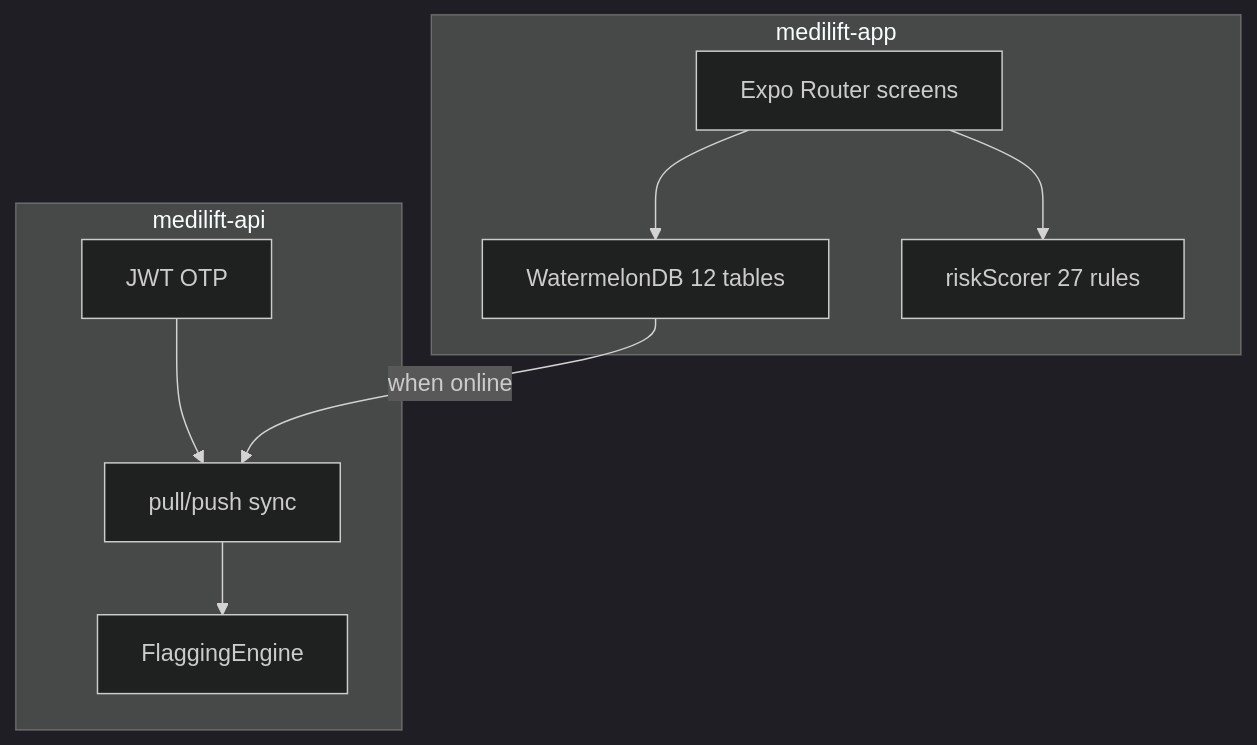
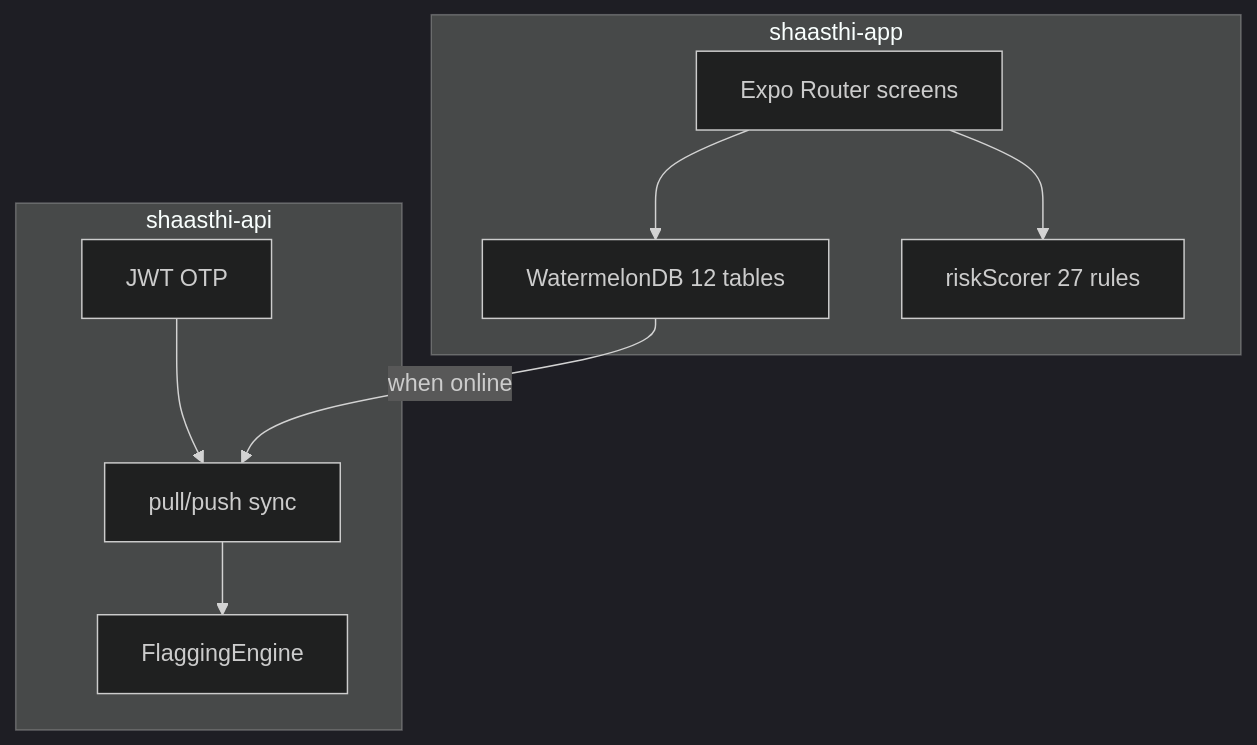
The diagram in BUILD_COVERAGE.md (somuai/Saasthi), drawn with Mermaid (dark theme) before and after one commit. The commit also changed other lines of this file and 443 other files, not shown here.

Commit message:
chore(rebrand): complete renaming of medilift to shaasthi everywhere including folders and package ID

````diff
--- a/BUILD_COVERAGE.md
+++ b/BUILD_COVERAGE.md
@@ -91,18 +91,18 @@
 ```mermaid
 flowchart TB
-  subgraph mobile [medilift-app]
+  subgraph mobile [shaasthi-app]
     UI[Expo Router screens]
     WM[WatermelonDB 12 tables]
     ML[riskScorer 27 rules]
     UI --> WM
     UI --> ML
   end
-  subgraph api [medilift-api]
+  subgraph api [shaasthi-api]
     OTP[JWT OTP]
     SYNC[pull/push sync]
     FLAG[FlaggingEngine]
     OTP --> SYNC
     SYNC --> FLAG
   end
   WM -->|when online| SYNC
 ```
````
